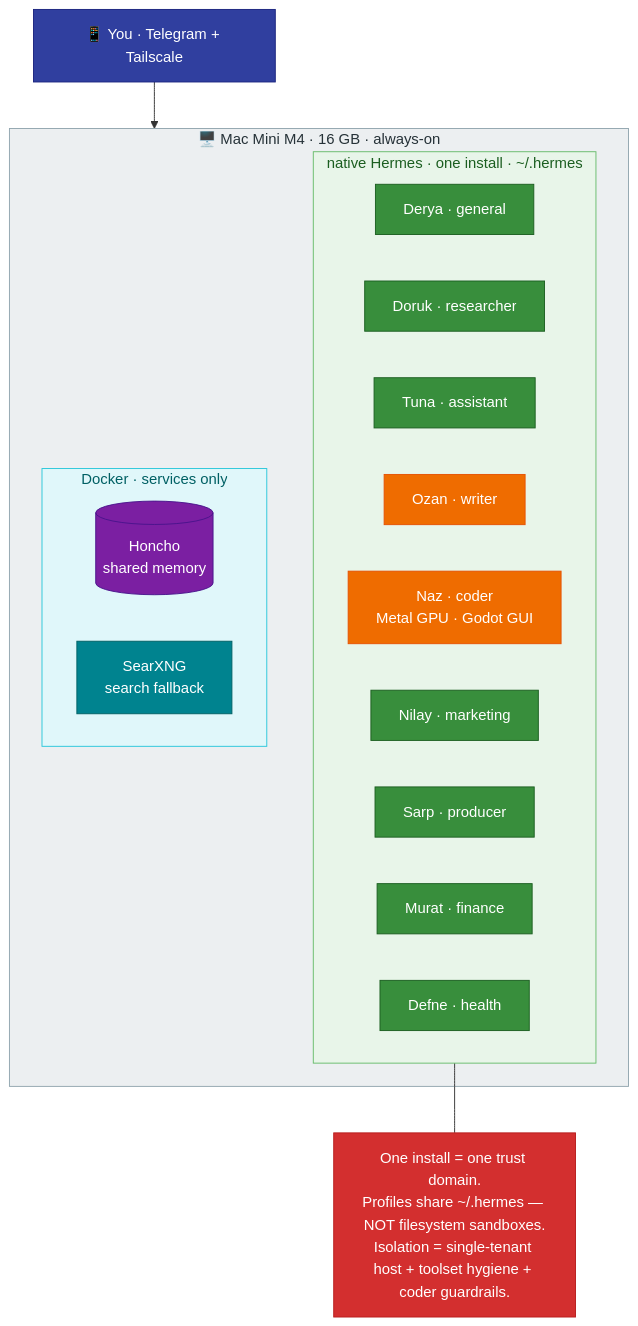
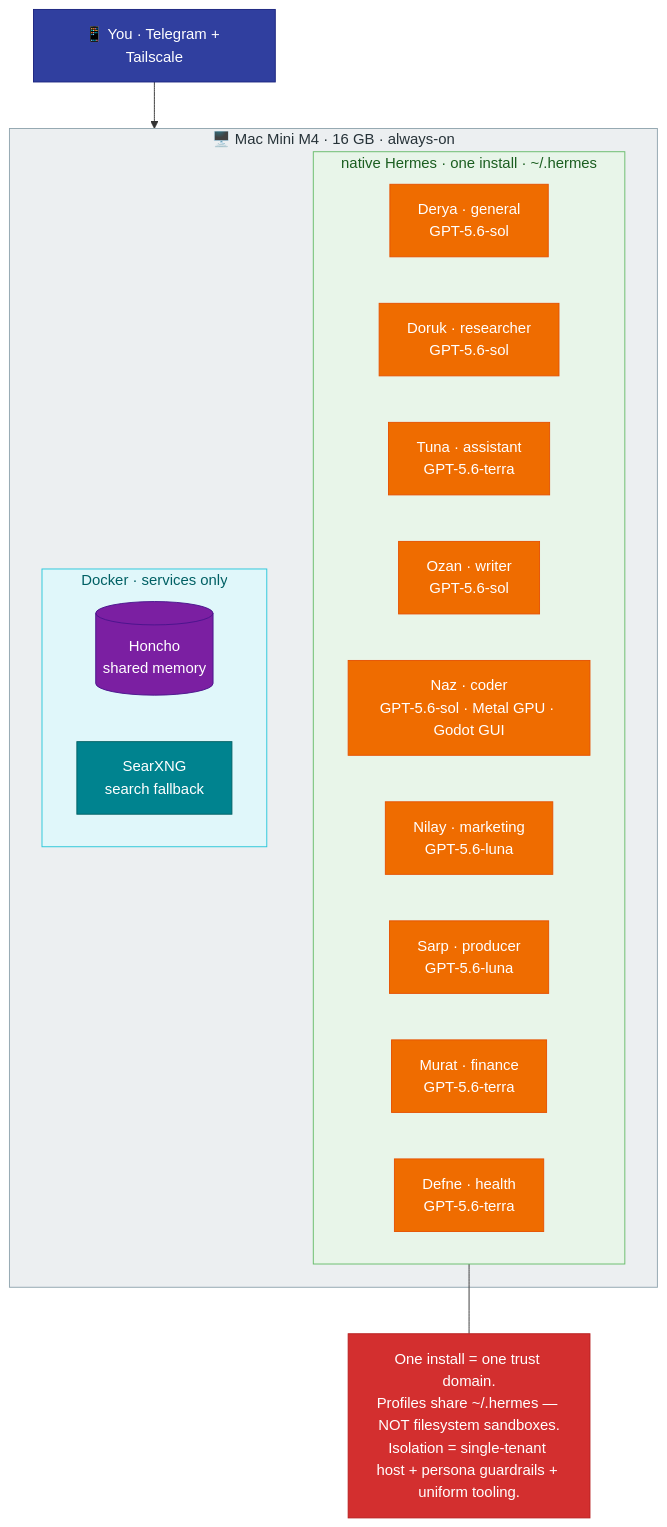
The diagram in docs/01-architecture.md (mpolatcan/hermes-setup), drawn with Mermaid before and after one commit. The commit also changed other lines of this file and 14 other files, not shown here.

````diff
--- a/docs/01-architecture.md
+++ b/docs/01-architecture.md
@@ -7,32 +7,31 @@
 ```mermaid
 flowchart TB
     subgraph mini["🖥️ Mac Mini M4 · 16 GB · always-on"]
         subgraph hermes["native Hermes · one install · ~/.hermes"]
-            k["Derya · general"]:::mini
-            m["Doruk · researcher"]:::mini
-            u["Tuna · assistant"]:::mini
-            w["Ozan · writer"]:::codex
-            c["Naz · coder<br/>Metal GPU · Godot GUI"]:::codex
-            o["Nilay · marketing"]:::mini
-            p["Sarp · producer"]:::mini
-            f["Murat · finance"]:::mini
-            h["Defne · health"]:::mini
+            k["Derya · general<br/>GPT-5.6-sol"]:::codex
+            m["Doruk · researcher<br/>GPT-5.6-sol"]:::codex
+            u["Tuna · assistant<br/>GPT-5.6-terra"]:::codex
+            w["Ozan · writer<br/>GPT-5.6-sol"]:::codex
+            c["Naz · coder<br/>GPT-5.6-sol · Metal GPU · Godot GUI"]:::codex
+            o["Nilay · marketing<br/>GPT-5.6-luna"]:::codex
+            p["Sarp · producer<br/>GPT-5.6-luna"]:::codex
+            f["Murat · finance<br/>GPT-5.6-terra"]:::codex
+            h["Defne · health<br/>GPT-5.6-terra"]:::codex
         end
         subgraph svc["Docker · services only"]
             Honcho[("Honcho<br/>shared memory")]:::infra
             SearXNG["SearXNG<br/>search fallback"]:::svc
         end
     end
     phone["📱 You · Telegram + Tailscale"]:::user --> mini
-    note["One install = one trust domain.<br/>Profiles share ~/.hermes — NOT filesystem sandboxes.<br/>Isolation = single-tenant host + toolset hygiene + coder guardrails."]:::danger
+    note["One install = one trust domain.<br/>Profiles share ~/.hermes — NOT filesystem sandboxes.<br/>Isolation = single-tenant host + persona guardrails + uniform tooling."]:::danger
     hermes --- note
     classDef user fill:#303F9F,stroke:#1A237E,color:#fff
-    classDef mini fill:#388E3C,stroke:#1B5E20,color:#fff
     classDef codex fill:#EF6C00,stroke:#E65100,color:#fff
     classDef infra fill:#7B1FA2,stroke:#4A148C,color:#fff
     classDef svc fill:#00838F,stroke:#006064,color:#fff
     classDef danger fill:#D32F2F,stroke:#B71C1C,color:#fff
     style mini fill:#ECEFF1,stroke:#90A4AE,color:#263238
     style hermes fill:#E8F5E9,stroke:#66BB6A,color:#1B5E20
     style svc fill:#E0F7FA,stroke:#26C6DA,color:#006064
 ```
````
